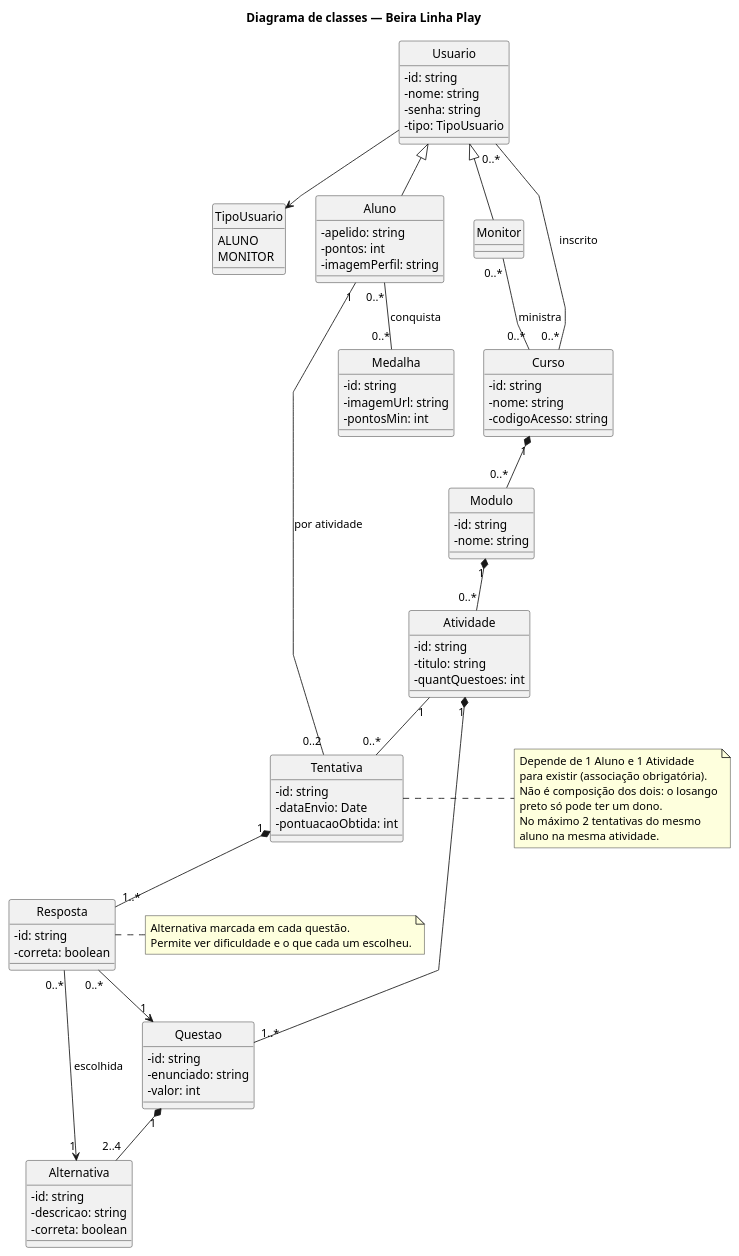
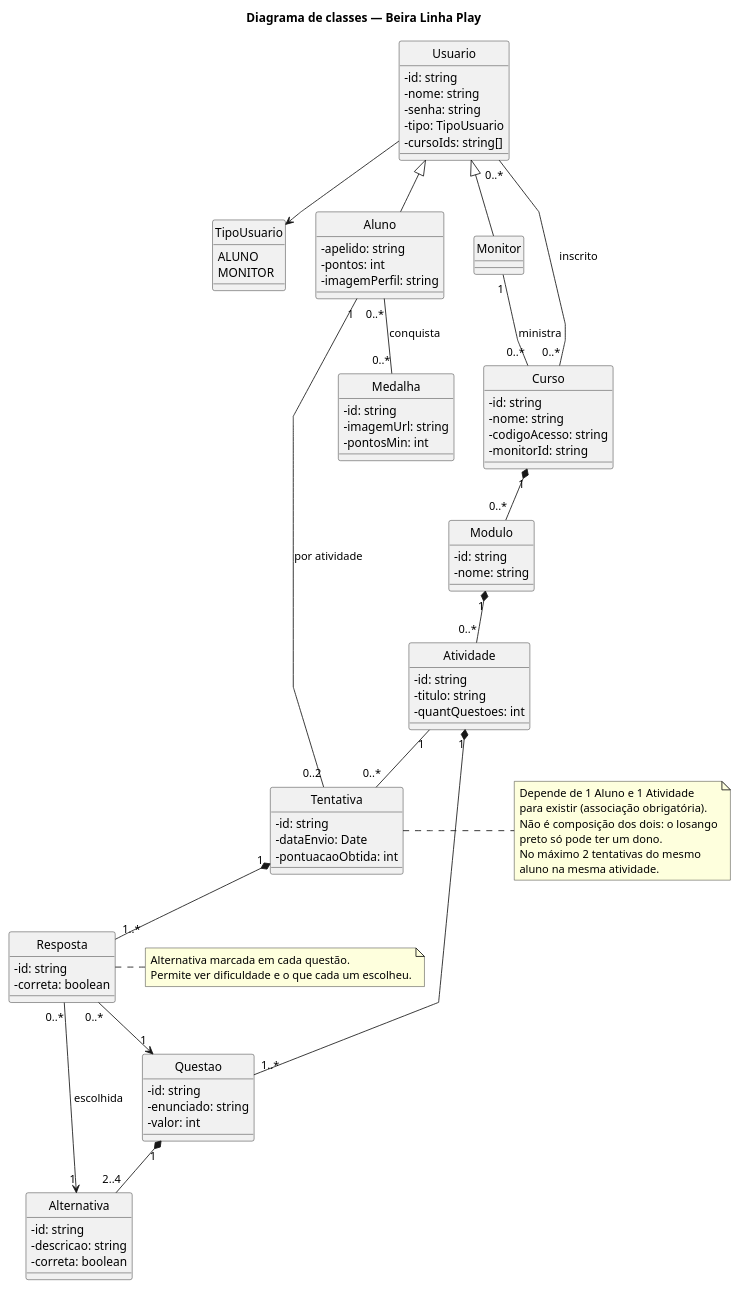
One commit to GustavoA01/react-flow changed the diagram in src/diagrama-classes.puml. Above: the diagram before and after it, drawn with PlantUML. The commit also changed 10 other files, not shown here.

```diff
--- a/src/diagrama-classes.puml
+++ b/src/diagrama-classes.puml
@@ -1,107 +1,109 @@
 @startuml Diagrama_de_classes_Beira_Linha
 title Diagrama de classes — Beira Linha Play
 skinparam classAttributeIconSize 0
 skinparam shadowing false
 skinparam linetype polyline
 hide circle
 
 enum TipoUsuario {
   ALUNO
   MONITOR
 }
 
 class Usuario {
   - id: string
   - nome: string
   - senha: string
   - tipo: TipoUsuario
+  - cursoIds: string[]
 }
 
 class Aluno {
   - apelido: string
   - pontos: int
   - imagemPerfil: string
 }
 
 class Monitor
 
 class Medalha {
   - id: string
   - imagemUrl: string
   - pontosMin: int
 }
 
 class Curso {
   - id: string
   - nome: string
   - codigoAcesso: string
+  - monitorId: string
 }
 
 class Modulo {
   - id: string
   - nome: string
 }
 
 class Atividade {
   - id: string
   - titulo: string
   - quantQuestoes: int
 }
 
 class Questao {
   - id: string
   - enunciado: string
   - valor: int
 }
 
 class Alternativa {
   - id: string
   - descricao: string
   - correta: boolean
 }
 
 class Tentativa {
   - id: string
   - dataEnvio: Date
   - pontuacaoObtida: int
 }
 
 class Resposta {
   - id: string
   - correta: boolean
 }
 
 Usuario <|-- Aluno
 Usuario <|-- Monitor
 Usuario --> TipoUsuario
 
 Usuario "0..*" -- "0..*" Curso : inscrito
-Monitor "0..*" -- "0..*" Curso : ministra
+Monitor "1" -- "0..*" Curso : ministra
 Aluno "0..*" -- "0..*" Medalha : conquista
 
 Curso "1" *-- "0..*" Modulo
 Modulo "1" *-- "0..*" Atividade
 Atividade "1" *-- "1..*" Questao
 Questao "1" *-- "2..4" Alternativa
 
 Aluno "1" -- "0..2" Tentativa : por atividade
 Atividade "1" -- "0..*" Tentativa
 Tentativa "1" *-- "1..*" Resposta
 Resposta "0..*" --> "1" Questao
 Resposta "0..*" --> "1" Alternativa : escolhida
 
 note right of Tentativa
   Depende de 1 Aluno e 1 Atividade
   para existir (associação obrigatória).
   Não é composição dos dois: o losango
   preto só pode ter um dono.
   No máximo 2 tentativas do mesmo
   aluno na mesma atividade.
 end note
 
 note right of Resposta
   Alternativa marcada em cada questão.
   Permite ver dificuldade e o que cada um escolheu.
 end note
 
 @enduml
```
